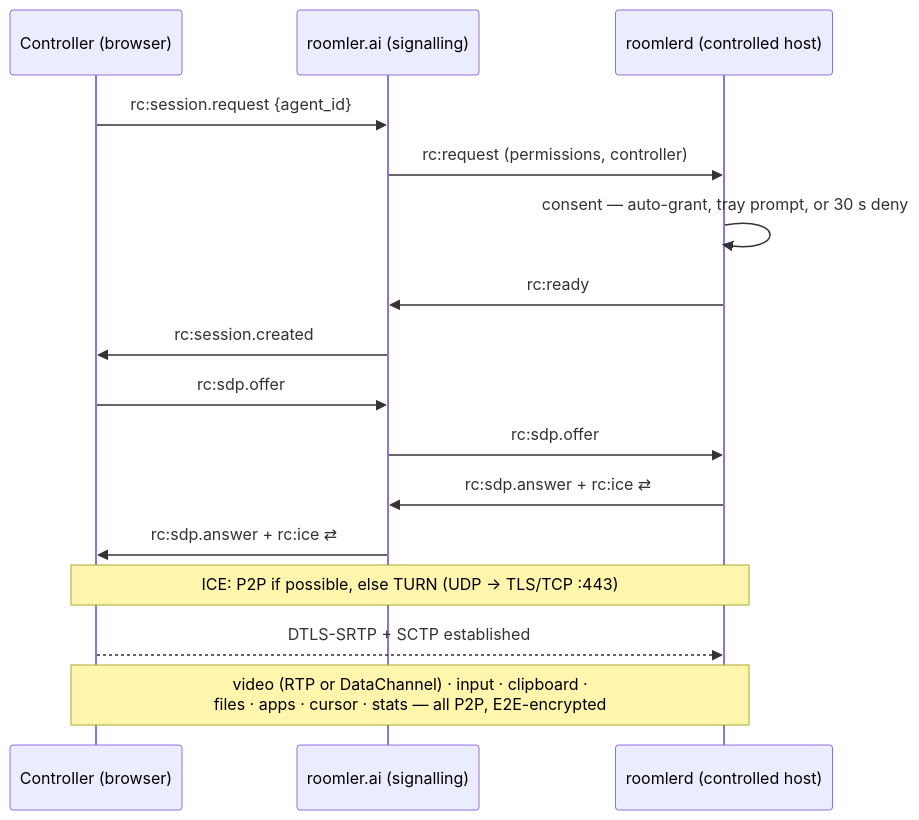
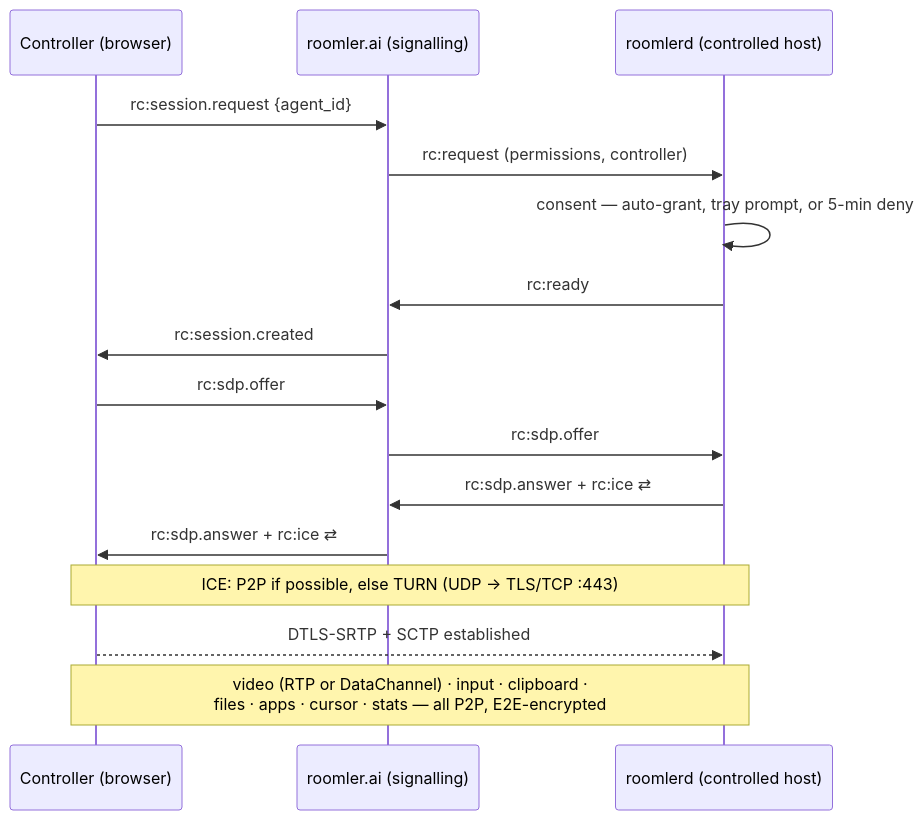
One commit to gjovanov/roomler-ai changed the first of 2 diagrams in docs/remote-control.md. Above: the diagram before and after it, drawn with Mermaid. The commit also changed other lines of this file and 7 other files, not shown here.

````diff
--- a/docs/remote-control.md
+++ b/docs/remote-control.md
@@ -54,19 +54,19 @@
 ```mermaid
 sequenceDiagram
     participant C as Controller (browser)
     participant S as roomler.ai (signalling)
     participant A as roomlerd (controlled host)
 
     C->>S: rc:session.request {agent_id}
     S->>A: rc:request (permissions, controller)
-    A->>A: consent — auto-grant, tray prompt, or 30 s deny
+    A->>A: consent — auto-grant, tray prompt, or 5-min deny
     A->>S: rc:ready
     S->>C: rc:session.created
     C->>S: rc:sdp.offer
     S->>A: rc:sdp.offer
     A->>S: rc:sdp.answer + rc:ice ⇄
     S->>C: rc:sdp.answer + rc:ice ⇄
     Note over C,A: ICE: P2P if possible, else TURN (UDP → TLS/TCP :443)
     C-->>A: DTLS-SRTP + SCTP established
     Note over C,A: video (RTP or DataChannel) · input · clipboard ·<br/>files · apps · cursor · stats — all P2P, E2E-encrypted
 ```
````
